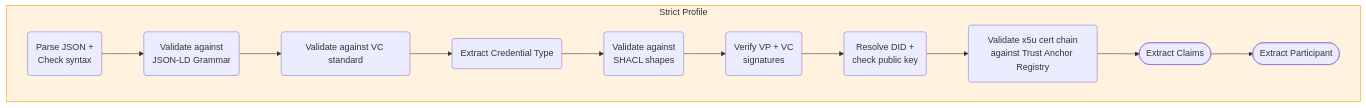
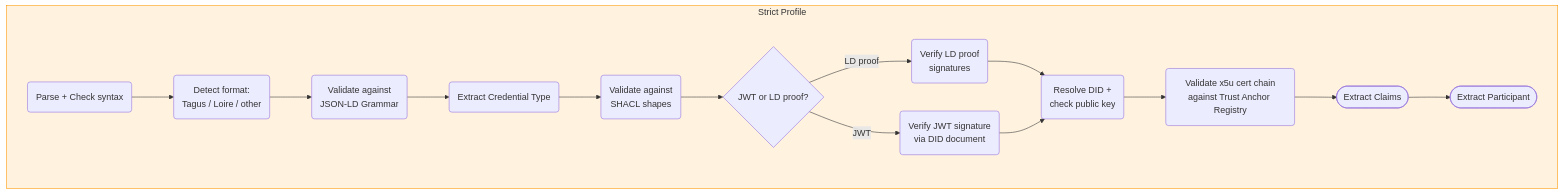
The ninth of 11 diagrams in federated-catalogue/src/docs/architecture/chapters/05_building_block_view.adoc (federated-catalogue-enhancements-2026/docs), drawn with Mermaid before and after one commit. The commit also changed other lines of this file and 3 other files, not shown here.

```diff
--- a/federated-catalogue/src/docs/architecture/chapters/05_building_block_view.adoc
+++ b/federated-catalogue/src/docs/architecture/chapters/05_building_block_view.adoc
@@ -869,17 +1013,20 @@
 [mermaid, width=2000]
 ....
 flowchart LR
     subgraph strict ["Strict Profile"]
         direction LR
-        A(Parse JSON +\nCheck syntax) --> B(Validate against\nJSON-LD Grammar)
-        B --> C(Validate against VC standard)
+        A(Parse + Check syntax) --> B(Detect format:\nTagus / Loire / other)
+        B --> C(Validate against\nJSON-LD Grammar)
         C --> D(Extract Credential Type)
         D --> E(Validate against\nSHACL shapes)
-        E --> F(Verify VP + VC\nsignatures)
-        F --> G(Resolve DID +\ncheck public key)
-        G --> H(Validate x5u cert chain\nagainst Trust Anchor Registry)
-        H --> I([Extract Claims])
-        I --> J([Extract Participant])
+        E --> F{JWT or LD proof?}
+        F --> |LD proof| G1(Verify LD proof\nsignatures)
+        F --> |JWT| G2(Verify JWT signature\nvia DID document)
+        G1 --> H(Resolve DID +\ncheck public key)
+        G2 --> H
+        H --> I(Validate x5u cert chain\nagainst Trust Anchor Registry)
+        I --> J([Extract Claims])
+        J --> K([Extract Participant])
     end
     style strict fill:#fff3e0,stroke:#ff9800
 ....
```
